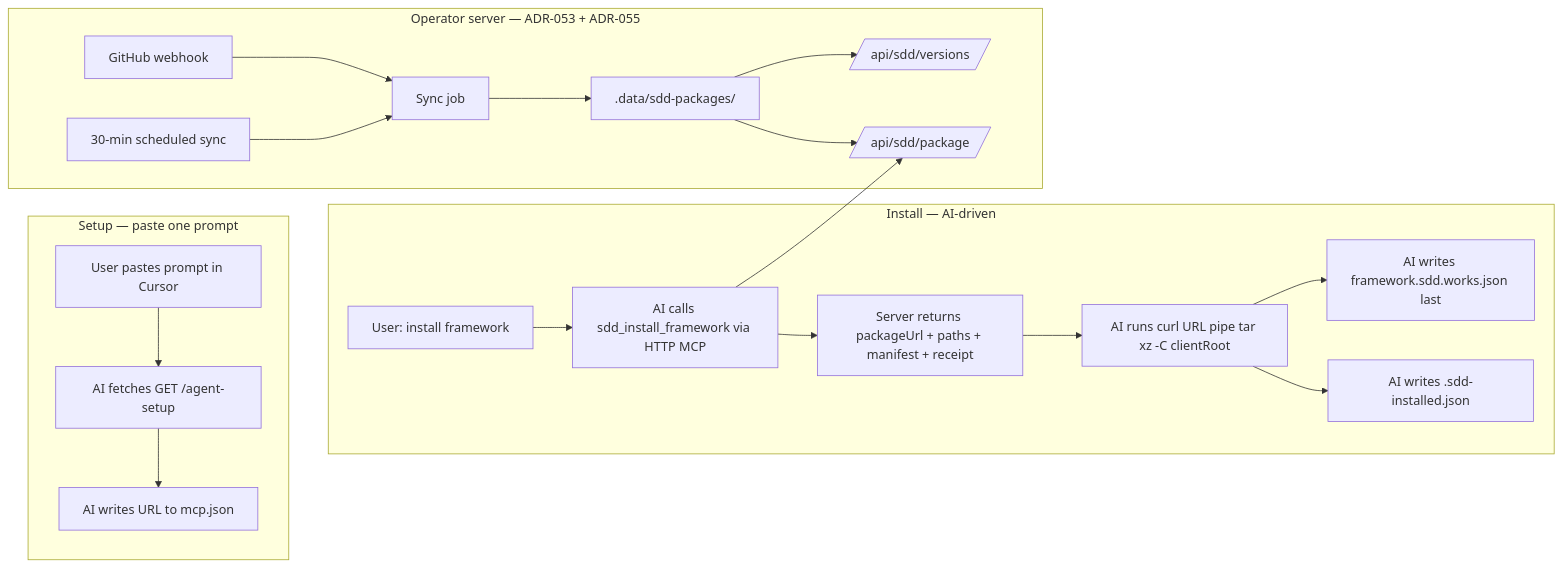
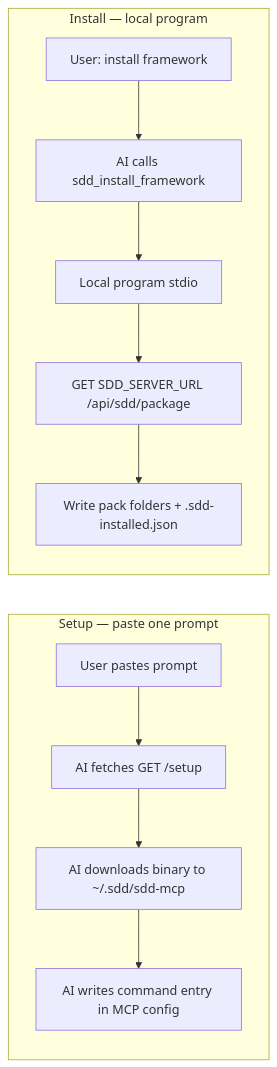
The first of 2 diagrams in specs/mcp/mcp-design.md (ethanhuangcst/workspace.framework.sdd.works), drawn with Mermaid before and after one commit. The commit also changed other lines of this file and 55 other files, not shown here.

First line of the commit message:
Ship Sprint 2 stdio install path and instructions page redesign.

````diff
--- a/specs/mcp/mcp-design.md
+++ b/specs/mcp/mcp-design.md
@@ -65,25 +62,15 @@
 ```mermaid
 flowchart LR
   subgraph setup [Setup — paste one prompt]
-    User[User pastes prompt in Cursor] --> AI1[AI fetches GET /agent-setup]
-    AI1 --> AI2[AI writes URL to mcp.json]
+    User[User pastes prompt] --> AI1[AI fetches GET /setup]
+    AI1 --> AI2[AI downloads binary to ~/.sdd/sdd-mcp]
+    AI2 --> AI3[AI writes command entry in MCP config]
   end
 
-  subgraph install [Install — AI-driven]
-    UserChat[User: install framework] --> AICall[AI calls sdd_install_framework via HTTP MCP]
-    AICall --> Server[Server returns packageUrl + paths + manifest + receipt]
-    Server --> AIShell[AI runs curl URL pipe tar xz -C clientRoot]
-    AIShell --> AIManifest[AI writes .sdd-installed.json]
-    AIShell --> AIReceipt[AI writes framework.sdd.works.json last]
+  subgraph install [Install — local program]
+    UserChat[User: install framework] --> AICall[AI calls sdd_install_framework]
+    AICall --> Stdio[Local program stdio]
+    Stdio --> Fetch[GET SDD_SERVER_URL /api/sdd/package]
+    Fetch --> Write[Write pack folders + .sdd-installed.json]
   end
-
-  subgraph server [Operator server — ADR-053 + ADR-055]
-    WH[GitHub webhook] --> Sync[Sync job]
-    CRON[30-min scheduled sync] --> Sync
-    Sync --> Cache[.data/sdd-packages/]
-    Cache --> API[/api/sdd/package/]
-    Cache --> API2[/api/sdd/versions/]
-  end
-
-  AICall --> API
 ```
````
